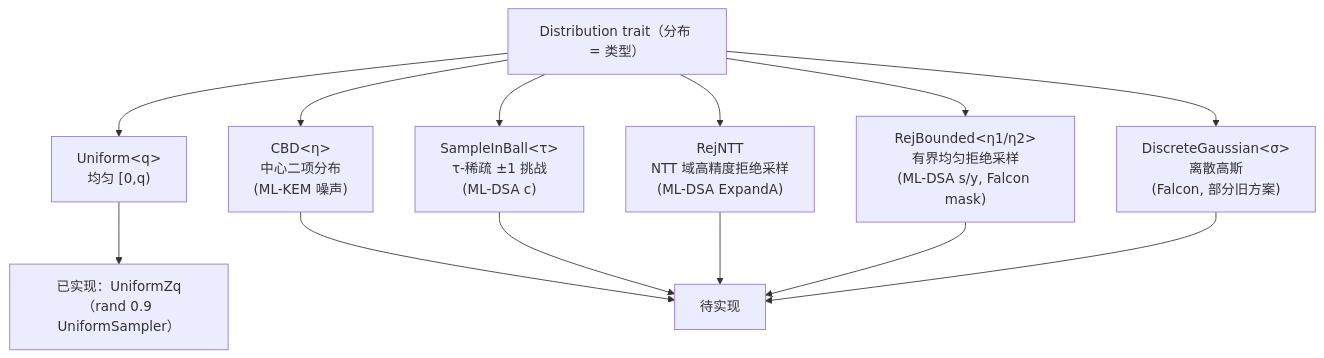
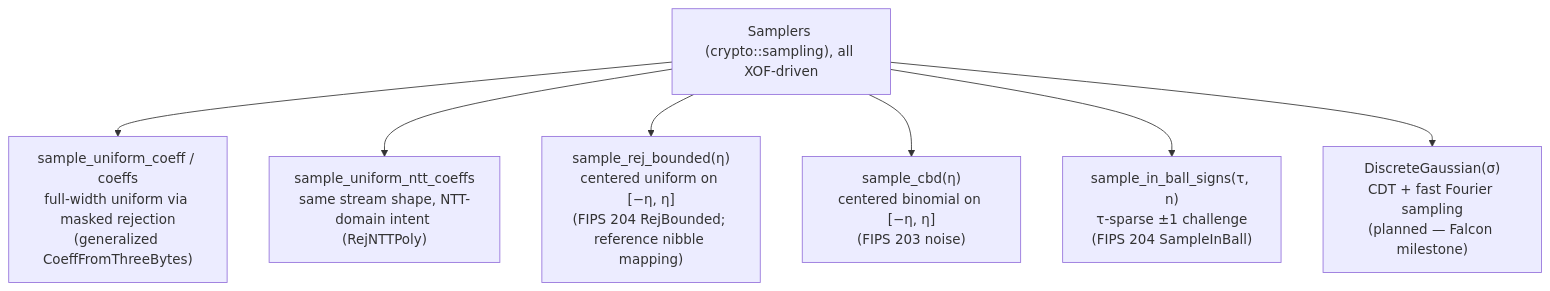
One commit to SuccinctPaul/lattice-algebra-rs changed the diagram in docs/src/pages/design/sampling.mdx. Above: the diagram before and after it, drawn with Mermaid. The commit also changed other lines of this file and 54 other files, not shown here.

````diff
--- a/docs/src/pages/design/sampling.mdx
+++ b/docs/src/pages/design/sampling.mdx
@@ -7,16 +7,10 @@
 ```mermaid
 flowchart TD
-    S["Distribution trait（分布 = 类型）"]
-    S --> U["Uniform&lt;q&gt;<br/>均匀 [0,q)"]
-    S --> UB["RejBounded&lt;η1/η2&gt;<br/>有界均匀拒绝采样<br/>(ML-DSA s/y, Falcon mask)"]
-    S --> REJ["RejNTT<br/>NTT 域高精度拒绝采样<br/>(ML-DSA ExpandA)"]
-    S --> CBD["CBD&lt;η&gt;<br/>中心二项分布<br/>(ML-KEM 噪声)"]
-    S --> BALL["SampleInBall&lt;τ&gt;<br/>τ-稀疏 ±1 挑战<br/>(ML-DSA c)"]
-    S --> G["DiscreteGaussian&lt;σ&gt;<br/>离散高斯<br/>(Falcon, 部分旧方案)"]
-    U --> DONE["已实现：UniformZq（rand 0.9 UniformSampler）"]
-    CBD --> TODO["待实现"]
-    BALL --> TODO
-    REJ --> TODO
-    UB --> TODO
-    G --> TODO
+    S["Samplers (crypto::sampling), all XOF-driven"]
+    S --> U["sample_uniform_coeff / coeffs<br/>full-width uniform via masked rejection<br/>(generalized CoeffFromThreeBytes)"]
+    S --> RN["sample_uniform_ntt_coeffs<br/>same stream shape, NTT-domain intent (RejNTTPoly)"]
+    S --> RB["sample_rej_bounded(η)<br/>centered uniform on [−η, η]<br/>(FIPS 204 RejBounded; reference nibble mapping)"]
+    S --> C["sample_cbd(η)<br/>centered binomial on [−η, η]<br/>(FIPS 203 noise)"]
+    S --> IB["sample_in_ball_signs(τ, n)<br/>τ-sparse ±1 challenge<br/>(FIPS 204 SampleInBall)"]
+    S --> G["DiscreteGaussian(σ)<br/>CDT + fast Fourier sampling<br/>(planned — Falcon milestone)"]
 ```
````
